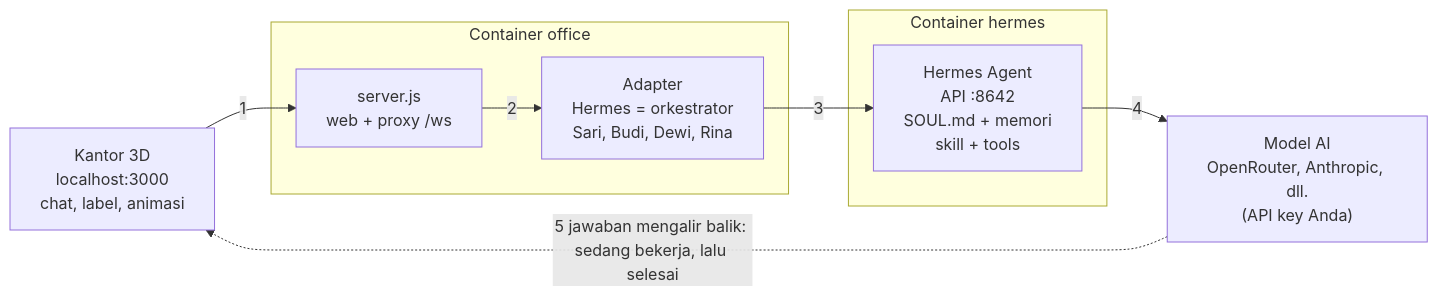
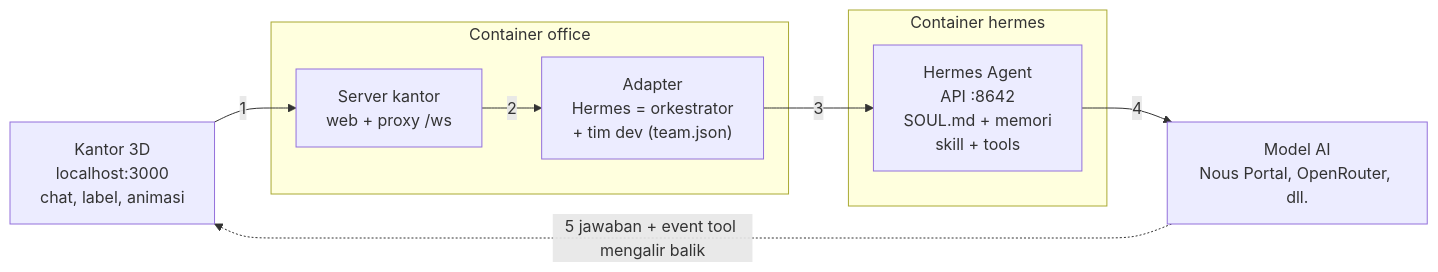
One commit to Hiraito23/digital-agent-office changed the diagram in docs/PANDUAN.md. Above: the diagram before and after it, drawn with Mermaid. The commit also changed other lines of this file, not shown here.

Commit message:
Docs: use the current team (dev agents) in the usage guide examples and tables

````diff
--- a/docs/PANDUAN.md
+++ b/docs/PANDUAN.md
@@ -91,14 +91,14 @@
 ```mermaid
 flowchart LR
   B["Kantor 3D<br/>localhost:3000<br/>chat, label, animasi"]
   subgraph O["Container office"]
-    S["server.js<br/>web + proxy /ws"]
-    A["Adapter<br/>Hermes = orkestrator<br/>Sari, Budi, Dewi, Rina"]
+    S["Server kantor<br/>web + proxy /ws"]
+    A["Adapter<br/>Hermes = orkestrator<br/>+ tim dev (team.json)"]
   end
   subgraph H["Container hermes"]
     G["Hermes Agent<br/>API :8642<br/>SOUL.md + memori<br/>skill + tools"]
   end
-  M["Model AI<br/>OpenRouter, Anthropic, dll.<br/>(API key Anda)"]
+  M["Model AI<br/>Nous Portal, OpenRouter, dll."]
   B -- "1" --> S -- "2" --> A -- "3" --> G -- "4" --> M
-  M -. "5 jawaban mengalir balik: sedang bekerja, lalu selesai" .-> B
+  M -. "5 jawaban + event tool mengalir balik" .-> B
 ```
````
